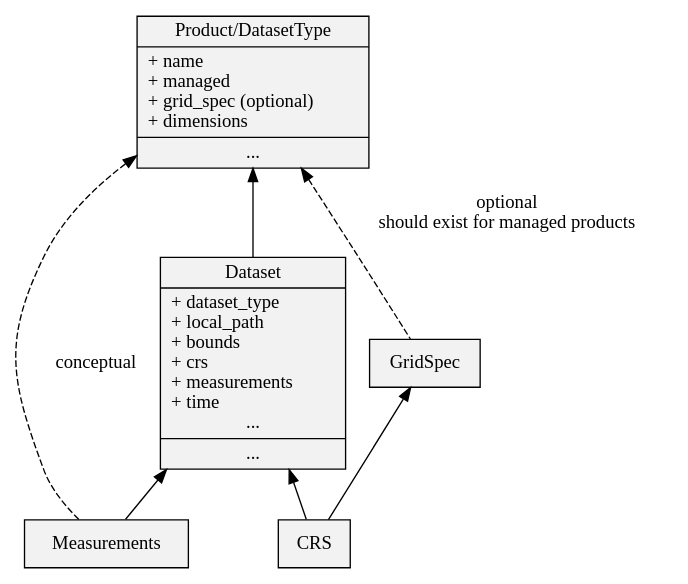
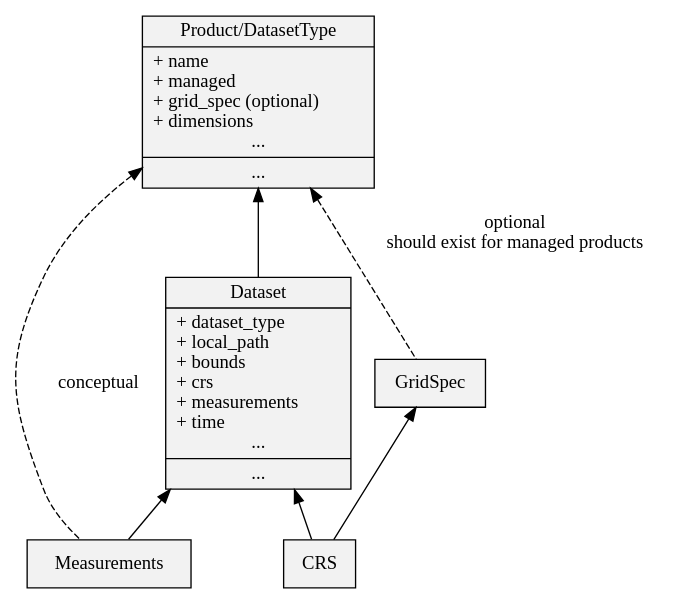
The diagram in docs/dev/data_model.rst (opendatacube/datacube-core), drawn with Graphviz before and after one commit. The commit also changed 2 other files, not shown here.

Commit message:
Use SVG diagrams in docs instead of PNG
- They're prettier and smaller

```diff
--- a/docs/dev/data_model.rst
+++ b/docs/dev/data_model.rst
@@ -11,20 +11,20 @@
 .. digraph:: product
 
     graph [rankdir=TB];
     node [shape=record,style=filled,fillcolor=gray95];
     edge [dir=back, arrowhead=normal];
 
-    Product -> Measurements [arrowhead=diamond,style=dashed,label="conceptual"];
+    Product -> Measurements [arrowhead=diamond,style=dashed,label="conceptual "];
     GridSpec -> CRS;
     Dataset -> Measurements;
     Product -> Dataset [arrowhead=diamond];
     Product -> GridSpec [label="optional\nshould exist for managed products",
     style=dashed];
 
     Dataset -> CRS;
 
     Dataset[label = "{Dataset|+ dataset_type\l+ local_path\l+ bounds\l+ crs\l+ measurements\l+ time\l...|...}"];
 
 
     Product [label="{Product/DatasetType|+ name\l+ managed\l+ grid_spec
-     (optional)\l+ dimensions\l|...}"];
+     (optional)\l+ dimensions\l...|...}"];
```
